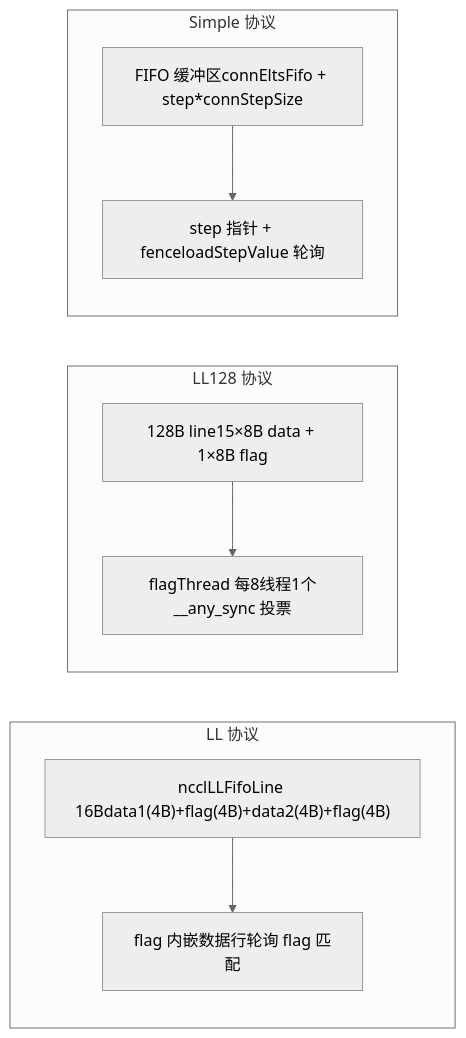
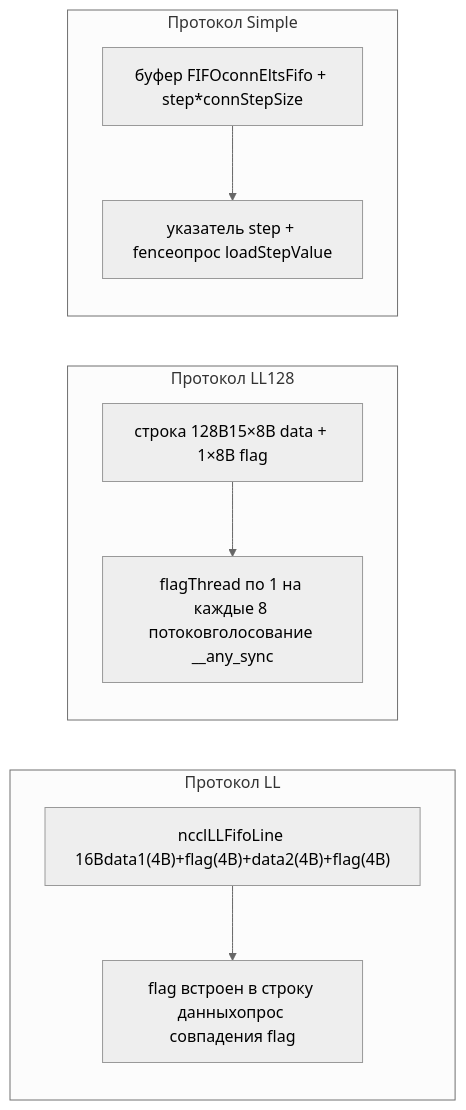
The second of 2 diagrams in books/nccl/ru/09-device-primitives-ll-ll128-simple.md (maleRjc/AiReadCodeBooks), drawn with Mermaid (neutral theme) before and after one commit. The commit also changed other lines of this file and 74 other files, not shown here.

````diff
--- a/books/nccl/ru/09-device-primitives-ll-ll128-simple.md
+++ b/books/nccl/ru/09-device-primitives-ll-ll128-simple.md
@@ -97,18 +99,18 @@
 ```mermaid
 flowchart LR
-    subgraph LL["LL 协议"]
+    subgraph LL["Протокол LL"]
         ll_data["ncclLLFifoLine 16Bdata1(4B)+flag(4B)+data2(4B)+flag(4B)"]
-        ll_sync["flag 内嵌数据行轮询 flag 匹配"]
+        ll_sync["flag встроен в строку данныхопрос совпадения flag"]
     end
-    subgraph LL128["LL128 协议"]
-        ll128_data["128B line15×8B data + 1×8B flag"]
-        ll128_sync["flagThread 每8线程1个__any_sync 投票"]
+    subgraph LL128["Протокол LL128"]
+        ll128_data["строка 128B15×8B data + 1×8B flag"]
+        ll128_sync["flagThread по 1 на каждые 8 потоковголосование __any_sync"]
     end
-    subgraph Simple["Simple 协议"]
-        simple_data["FIFO 缓冲区connEltsFifo + step*connStepSize"]
-        simple_sync["step 指针 + fenceloadStepValue 轮询"]
+    subgraph Simple["Протокол Simple"]
+        simple_data["буфер FIFOconnEltsFifo + step*connStepSize"]
+        simple_sync["указатель step + fenceопрос loadStepValue"]
     end
     ll_data --> ll_sync
     ll128_data --> ll128_sync
     simple_data --> simple_sync
 ```
````
